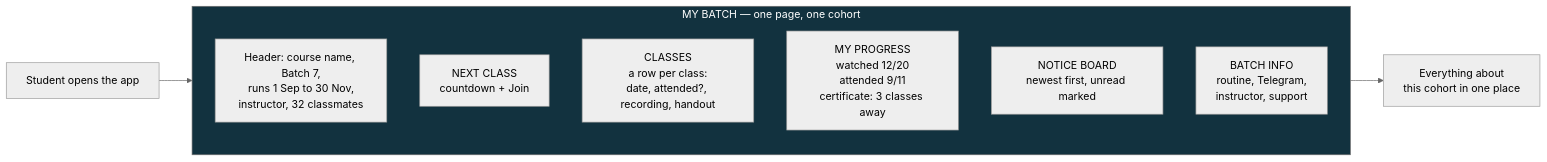
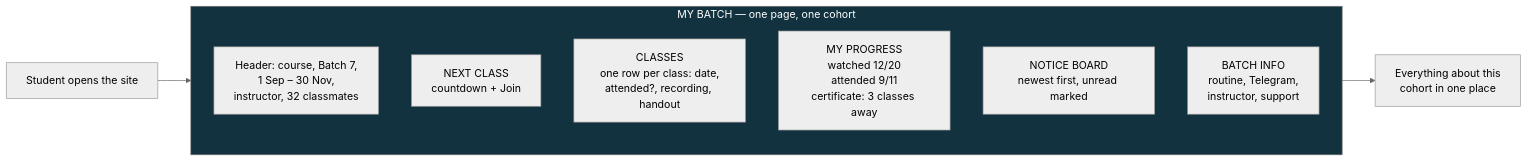
One commit to tdottahmed/tradingchart-planing changed the third of 7 diagrams in STUDENT_UX_ENHANCEMENT_PLAN.md. Above: the diagram before and after it, drawn with Mermaid (neutral theme). The commit also changed other lines of this file and 1 other file, not shown here.

Commit message:
add: Student ux inhancement planing

````diff
--- a/STUDENT_UX_ENHANCEMENT_PLAN.md
+++ b/STUDENT_UX_ENHANCEMENT_PLAN.md
@@ -343,17 +312,17 @@
 ```mermaid
 flowchart LR
     subgraph MB["MY BATCH — one page, one cohort"]
         direction TB
-        H["Header: course name, Batch 7,<br/>runs 1 Sep to 30 Nov,<br/>instructor, 32 classmates"]
+        H["Header: course, Batch 7,<br/>1 Sep – 30 Nov,<br/>instructor, 32 classmates"]
         T1["NEXT CLASS<br/>countdown + Join"]
-        T2["CLASSES<br/>a row per class:<br/>date, attended?, recording, handout"]
+        T2["CLASSES<br/>one row per class: date,<br/>attended?, recording, handout"]
         T3["MY PROGRESS<br/>watched 12/20<br/>attended 9/11<br/>certificate: 3 classes away"]
         T4["NOTICE BOARD<br/>newest first, unread marked"]
         T5["BATCH INFO<br/>routine, Telegram,<br/>instructor, support"]
     end
 
-    S["Student opens the app"] --> MB
-    MB --> X["Everything about<br/>this cohort in one place"]
+    S["Student opens the site"] --> MB
+    MB --> X["Everything about this<br/>cohort in one place"]
 
     style MB fill:#12323f,color:#fff
 ```
````
